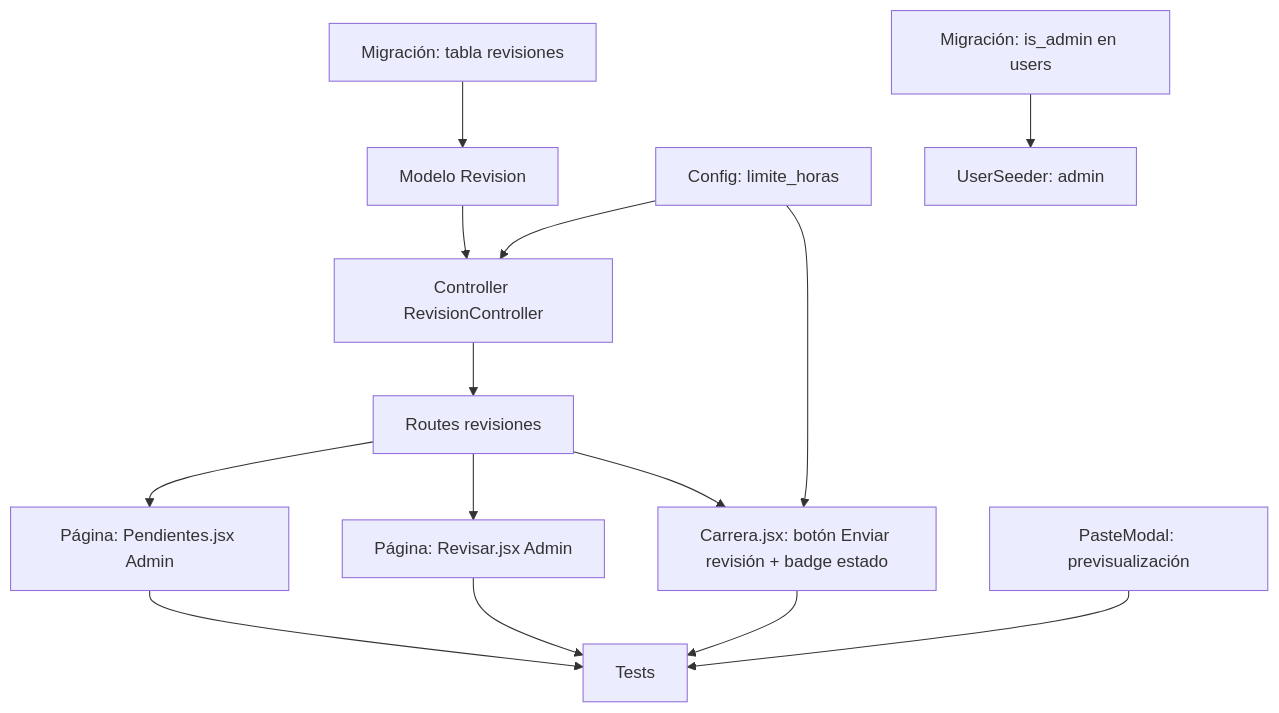
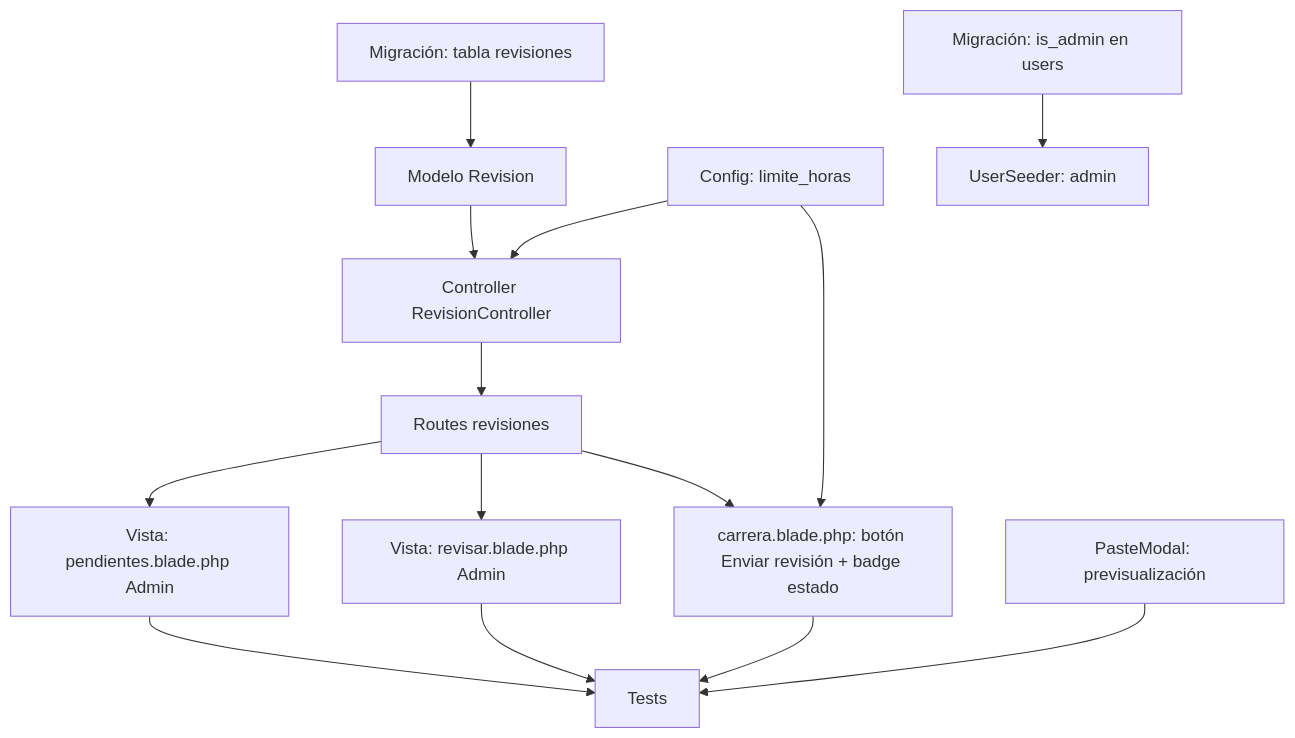
Before and after one commit to abdair-coca/DesignacionesUATF: the diagram in tasks/tasks.md, drawn with Mermaid. The commit also changed other lines of this file and 7 other files, not shown here.

````diff
--- a/tasks/tasks.md
+++ b/tasks/tasks.md
@@ -36,29 +36,29 @@
 ```mermaid
 graph TD
     T1[Migración: is_admin en users]
     T2[Migración: tabla revisiones]
     T3[Modelo Revision]
     T4[Config: limite_horas]
     T5[Controller RevisionController]
     T6[Routes revisiones]
-    T7[Página: Pendientes.jsx Admin]
-    T8[Página: Revisar.jsx Admin]
-    T9[Carrera.jsx: botón Enviar revisión + badge estado]
+    T7[Vista: pendientes.blade.php Admin]
+    T8[Vista: revisar.blade.php Admin]
+    T9[carrera.blade.php: botón Enviar revisión + badge estado]
     T10[PasteModal: previsualización]
     T11[Tests]
     T12[UserSeeder: admin]
 
     T1 --> T12
     T2 --> T3
     T3 --> T5
     T4 --> T5
     T4 --> T9
     T5 --> T6
     T6 --> T7
     T6 --> T8
     T6 --> T9
     T7 --> T11
     T8 --> T11
     T9 --> T11
     T10 --> T11
 ```
````
